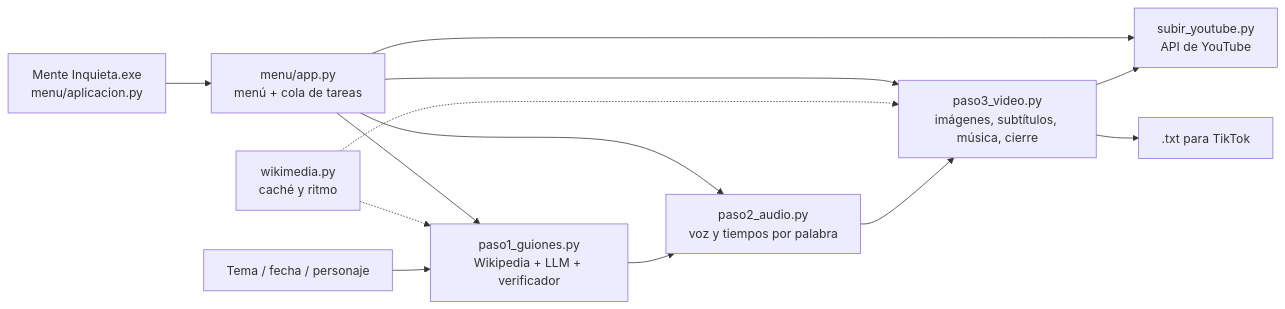
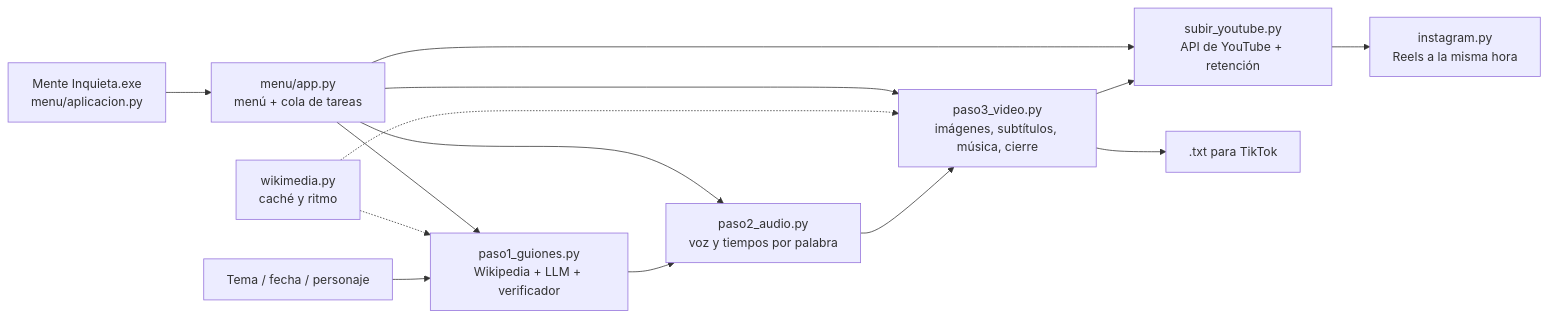
The diagram in README.md (luukthegoat/pipeline-curiosidades), drawn with Mermaid before and after one commit. The commit also changed other lines of this file and 17 other files, not shown here.

First line of the commit message:
Vídeos de 40-45 s para retener, Instagram y retención (1.16.0)

````diff
--- a/README.md
+++ b/README.md
@@ -54,12 +60,13 @@
 ```mermaid
 flowchart LR
     A[Tema / fecha / personaje] --> B[paso1_guiones.py<br/>Wikipedia + LLM + verificador]
     B --> C[paso2_audio.py<br/>voz y tiempos por palabra]
     C --> D[paso3_video.py<br/>imágenes, subtítulos, música, cierre]
-    D --> E[subir_youtube.py<br/>API de YouTube]
+    D --> E[subir_youtube.py<br/>API de YouTube + retención]
     D --> F[.txt para TikTok]
+    E --> I[instagram.py<br/>Reels a la misma hora]
     W[wikimedia.py<br/>caché y ritmo] -.-> B
     W -.-> D
     M[menu/app.py<br/>menú + cola de tareas] --> B & C & D & E
     X[Mente Inquieta.exe<br/>menu/aplicacion.py] --> M
 ```
````
